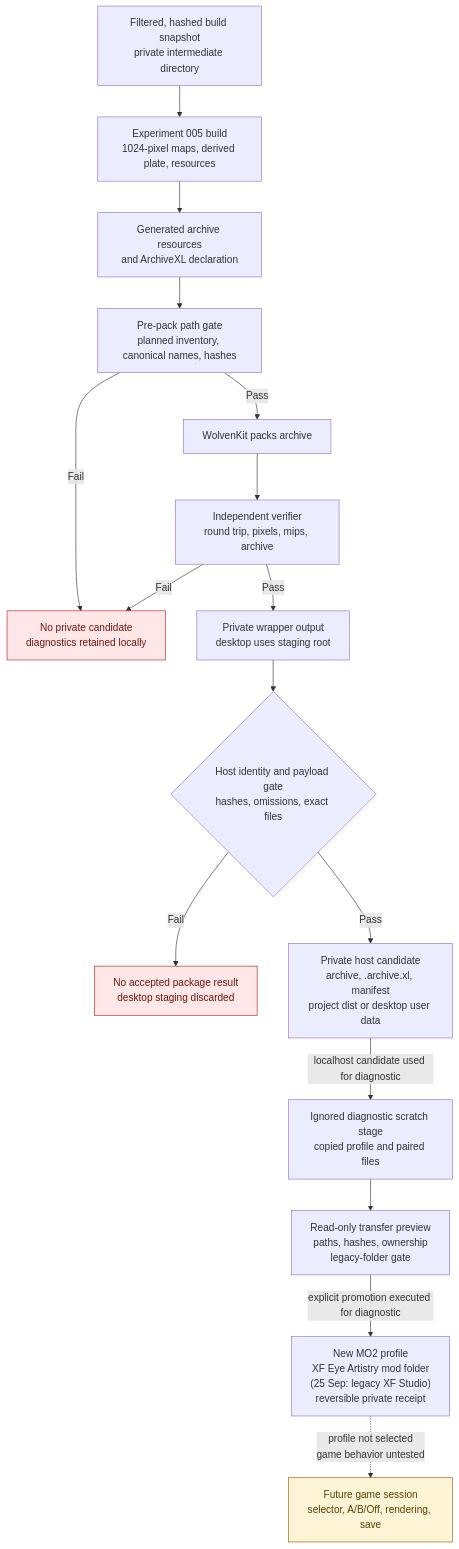
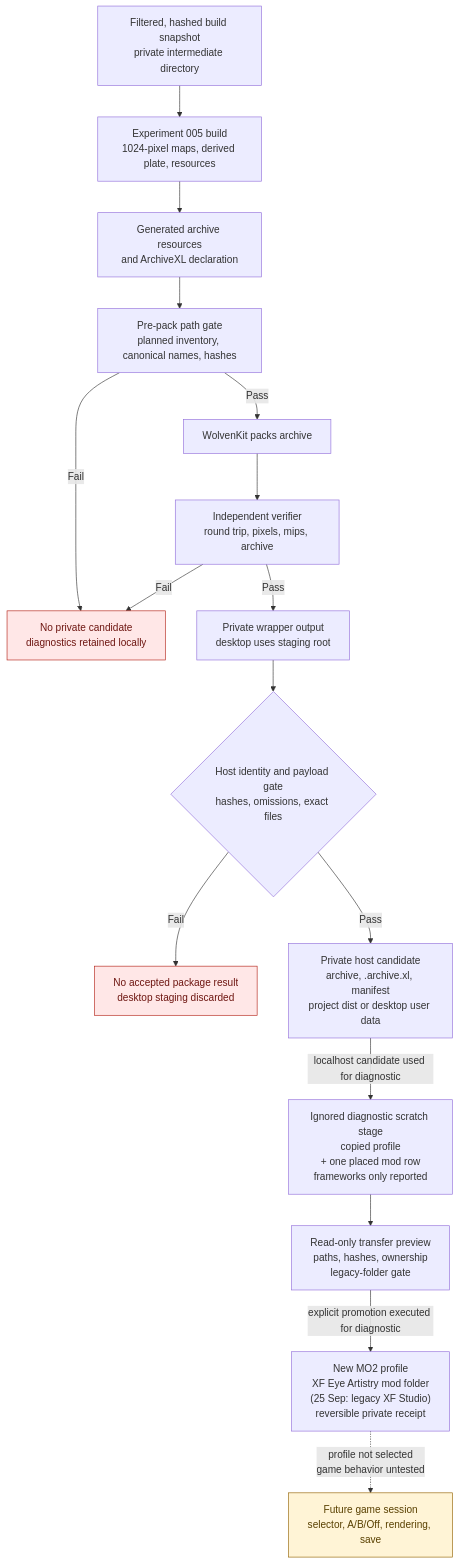
The second of 3 diagrams in research/authoring/studio-to-mod-pipeline.md (axefrog/xf-studio), drawn with Mermaid before and after one commit. The commit also changed other lines of this file and 10 other files, not shown here.

````diff
--- a/research/authoring/studio-to-mod-pipeline.md
+++ b/research/authoring/studio-to-mod-pipeline.md
@@ -48,23 +48,23 @@
 ```mermaid
 flowchart TB
   snapshot["Filtered, hashed build snapshot<br/>private intermediate directory"] --> bake["Experiment 005 build<br/>1024-pixel maps, derived plate, resources"]
   bake --> resources["Generated archive resources<br/>and ArchiveXL declaration"]
   resources --> gate["Pre-pack path gate<br/>planned inventory, canonical names, hashes"]
   gate -- Fail --> stop
   gate -- Pass --> pack["WolvenKit packs archive"]
   pack --> verifier["Independent verifier<br/>round trip, pixels, mips, archive"]
   verifier -- Fail --> stop["No private candidate<br/>diagnostics retained locally"]
   verifier -- Pass --> dist["Private wrapper output<br/>desktop uses staging root"]
   dist --> resultGate{"Host identity and payload gate<br/>hashes, omissions, exact files"}
   resultGate -- Fail --> unaccepted["No accepted package result<br/>desktop staging discarded"]
   resultGate -- Pass --> candidate["Private host candidate<br/>archive, .archive.xl, manifest<br/>project dist or desktop user data"]
-  candidate -- "localhost candidate used for diagnostic" --> scratch["Ignored diagnostic scratch stage<br/>copied profile and paired files"]
+  candidate -- "localhost candidate used for diagnostic" --> scratch["Ignored diagnostic scratch stage<br/>copied profile<br/>+ one placed mod row<br/>frameworks only reported"]
   scratch --> preview["Read-only transfer preview<br/>paths, hashes, ownership<br/>legacy-folder gate"]
   preview -- "explicit promotion executed for diagnostic" --> mo2["New MO2 profile<br/>XF Eye Artistry mod folder<br/>(25 Sep: legacy XF Studio)<br/>reversible private receipt"]
   mo2 -. "profile not selected<br/>game behavior untested" .-> runtime["Future game session<br/>selector, A/B/Off, rendering, save"]
 
   classDef blocked fill:#ffe7e7,stroke:#b42318,color:#6e1611;
   classDef pending fill:#fff4d6,stroke:#946200,color:#594000;
   class stop,unaccepted blocked;
   class runtime pending;
 ```
````
